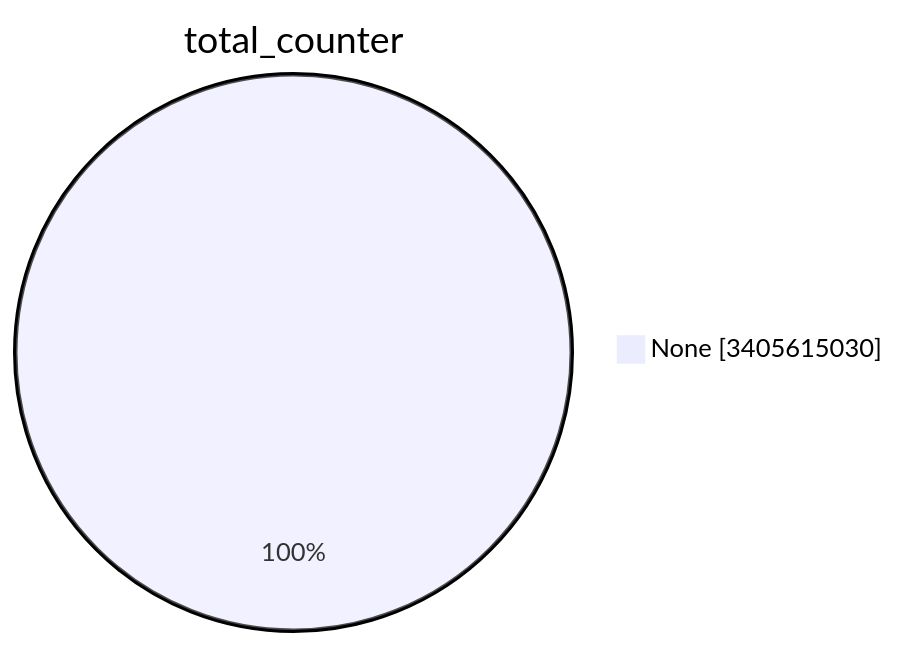
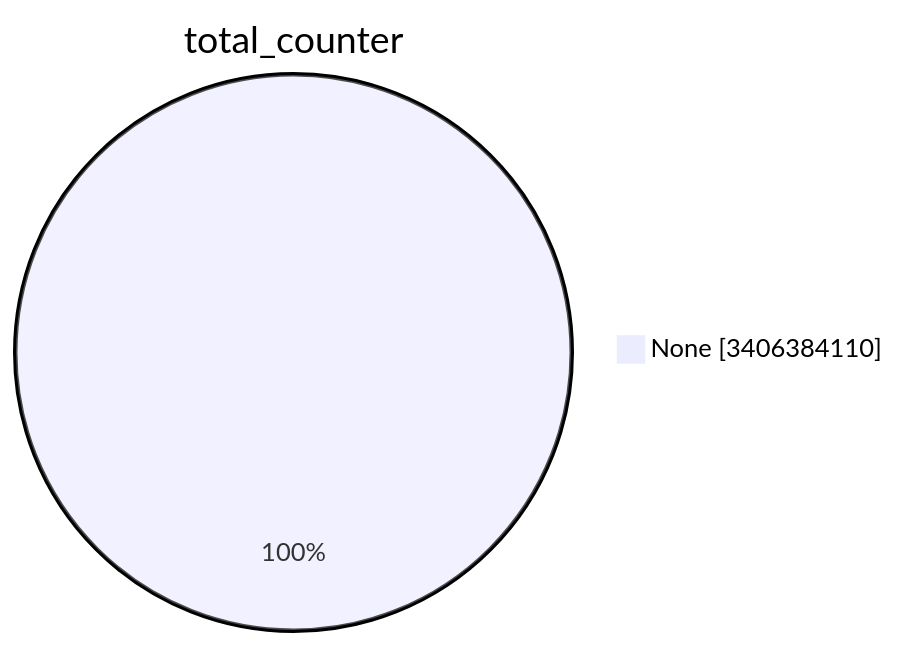
One commit to christiankrug/ctmonitor_visualization changed the first of 15 diagrams in TOTAL/README.md. Above: the diagram before and after it, drawn with Mermaid. The commit also changed other lines of this file, not shown here.

````diff
--- a/TOTAL/README.md
+++ b/TOTAL/README.md
@@ -1,5 +1,5 @@
 ```mermaid
 pie showData
 title total_counter
-"None" :3405615030
+"None" :3406384110
 ```
````
